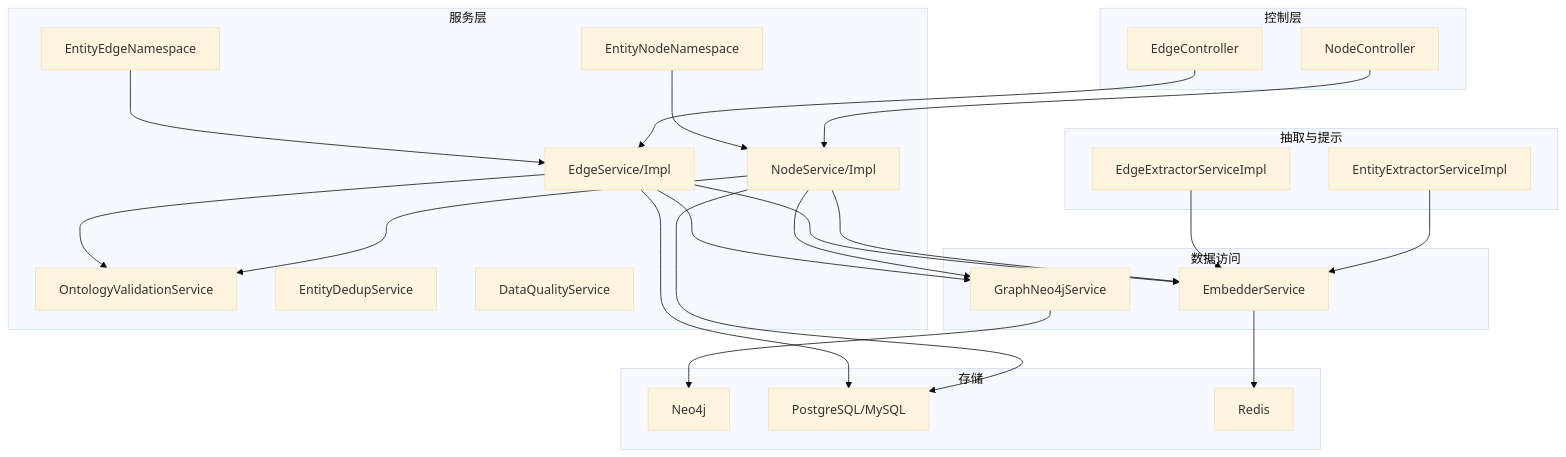
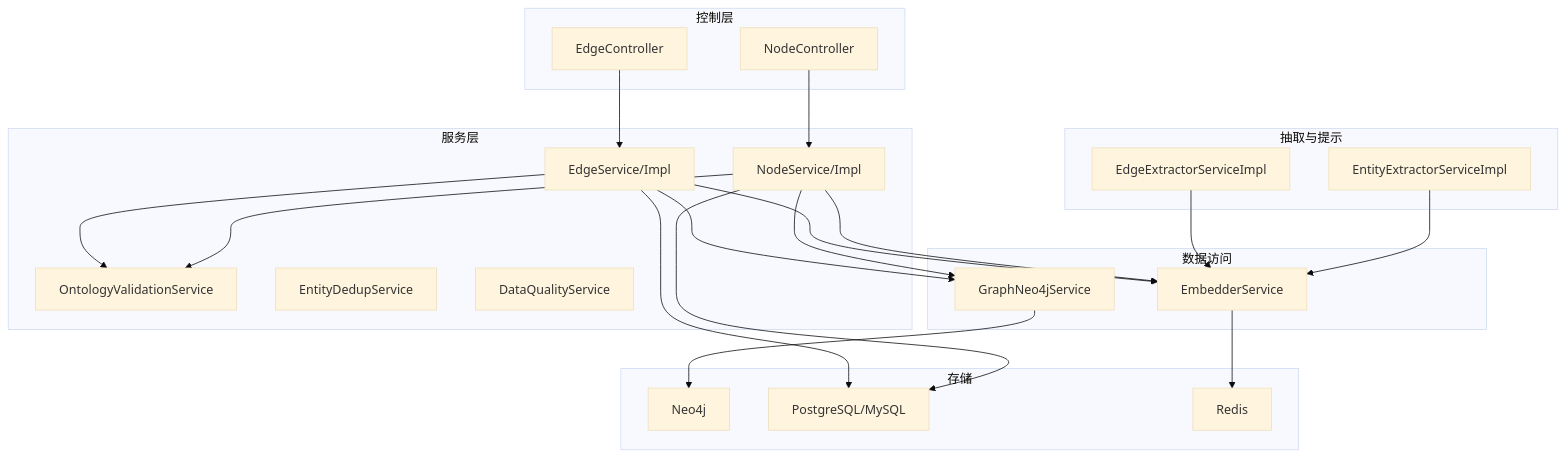
One commit to joezxh/graphiti-java changed the second of 8 diagrams in docs/manual/架构设计/模块化设计/核心业务模块 (graphiti-module-core)/实体关系管理.md. Above: the diagram before and after it, drawn with Mermaid (base theme). The commit also changed other lines of this file and 41 other files, not shown here.

````diff
--- a/docs/manual/架构设计/模块化设计/核心业务模块 (graphiti-module-core)/实体关系管理.md
+++ b/docs/manual/架构设计/模块化设计/核心业务模块 (graphiti-module-core)/实体关系管理.md
@@ -106,45 +101,41 @@
 ```mermaid
 graph TB
 subgraph "控制层"
 NC["NodeController"]
 EC["EdgeController"]
 end
 subgraph "服务层"
 NS["NodeService/Impl"]
 ES["EdgeService/Impl"]
-NNS["EntityNodeNamespace"]
-ENS["EntityEdgeNamespace"]
 OV["OntologyValidationService"]
 EQ["EntityDedupService"]
 DQ["DataQualityService"]
 end
 subgraph "抽取与提示"
 EES["EntityExtractorServiceImpl"]
 EED["EdgeExtractorServiceImpl"]
 end
 subgraph "数据访问"
 GNS["GraphNeo4jService"]
 EMB["EmbedderService"]
 end
 subgraph "存储"
 N4J["Neo4j"]
 META["PostgreSQL/MySQL"]
 CACHE["Redis"]
 end
 NC --> NS
 EC --> ES
-NNS --> NS
-ENS --> ES
 NS --> GNS
 ES --> GNS
 NS --> OV
 ES --> OV
 NS --> EMB
 ES --> EMB
 EES --> EMB
 EED --> EMB
 NS --> META
 ES --> META
 GNS --> N4J
 EMB --> CACHE
 ```
````
